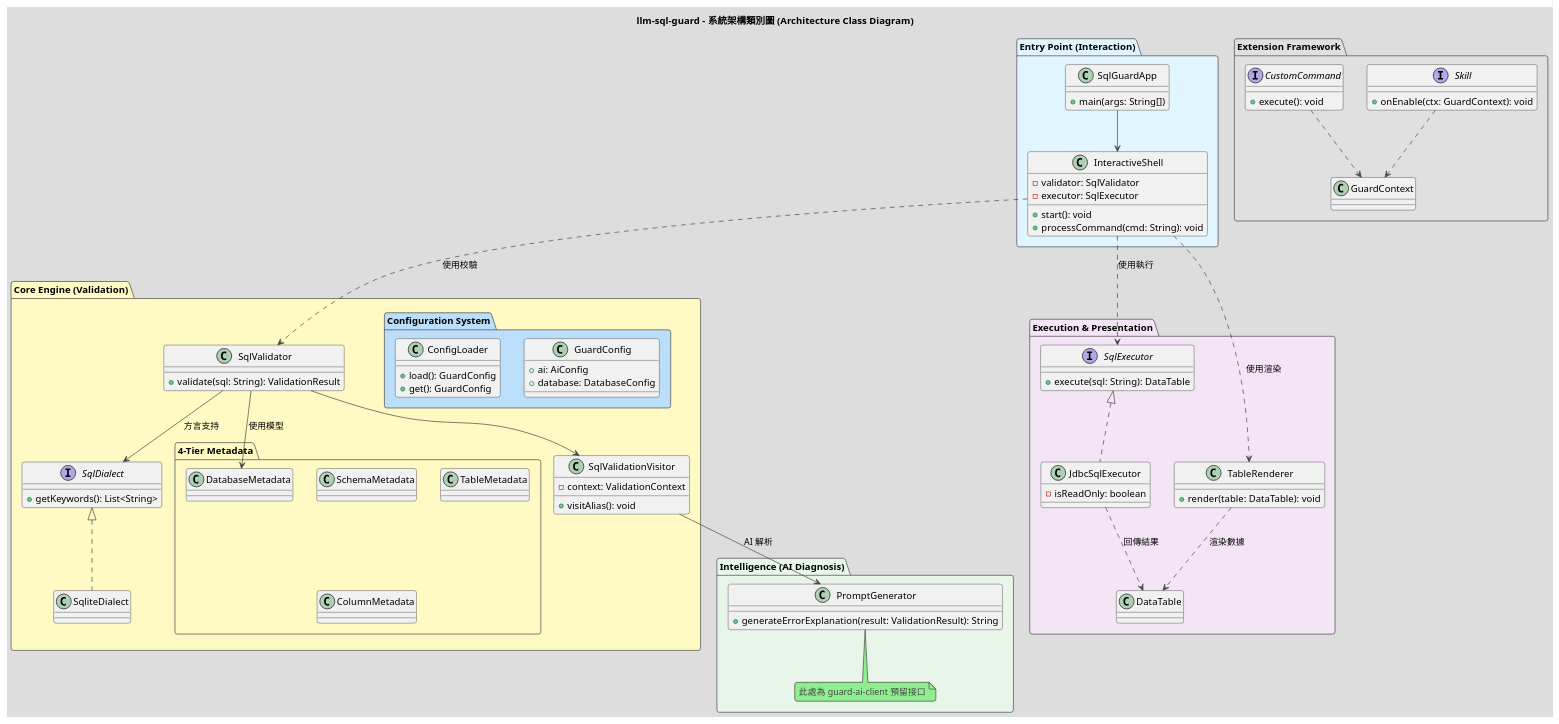
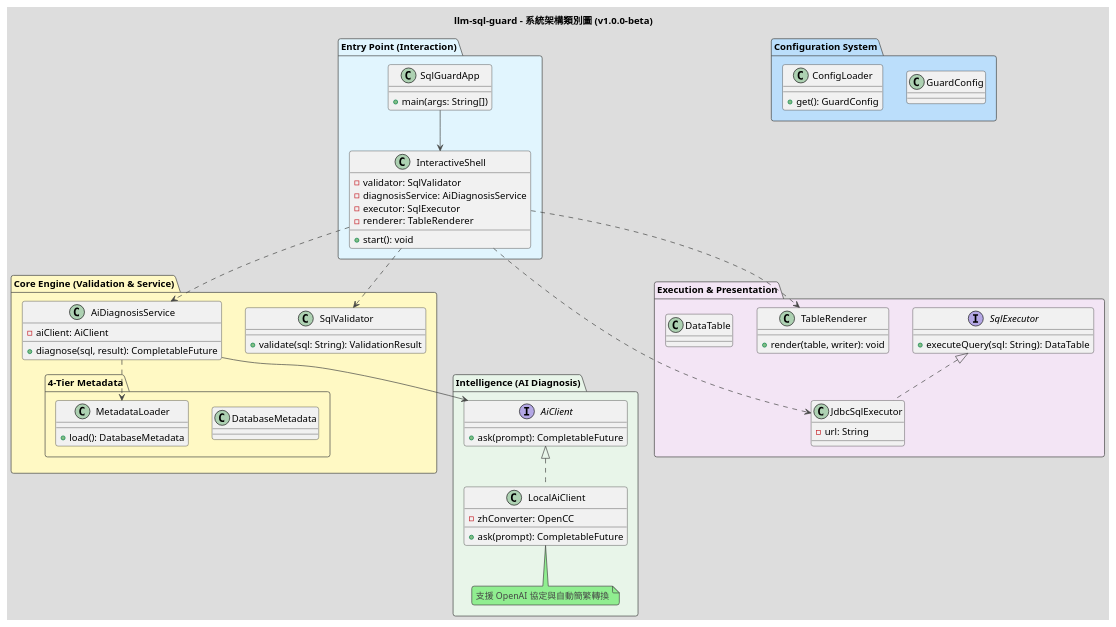
One commit to yefangwong/llm-sql-guard changed the diagram in docs/architecture.puml. Above: the diagram before and after it, drawn with PlantUML. The commit also changed 3 other files, not shown here.

```diff
--- a/docs/architecture.puml
+++ b/docs/architecture.puml
@@ -1,103 +1,81 @@
 @startuml
 !theme toy
 skinparam componentStyle uml2
 
-title llm-sql-guard - 系統架構類別圖 (Architecture Class Diagram)
+title llm-sql-guard - 系統架構類別圖 (v1.0.0-beta)
 
 ' --- Layers Definition ---
 
 package "Entry Point (Interaction)" #E1F5FE {
     class SqlGuardApp {
         +main(args: String[])
     }
     class InteractiveShell {
         -validator: SqlValidator
+        -diagnosisService: AiDiagnosisService
         -executor: SqlExecutor
+        -renderer: TableRenderer
         +start(): void
-        +processCommand(cmd: String): void
     }
 }
 
-package "Core Engine (Validation)" #FFF9C4 {
+package "Core Engine (Validation & Service)" #FFF9C4 {
     class SqlValidator {
         +validate(sql: String): ValidationResult
     }
-    class SqlValidationVisitor {
-        -context: ValidationContext
-        +visitAlias(): void
+    class AiDiagnosisService {
+        -aiClient: AiClient
+        +diagnose(sql, result): CompletableFuture
     }
     
     package "4-Tier Metadata" {
         class DatabaseMetadata
-        class SchemaMetadata
-        class TableMetadata
-        class ColumnMetadata
-    }
-
-    package "Configuration System" #BBDEFB {
-        class GuardConfig {
-            +ai: AiConfig
-            +database: DatabaseConfig
-        }
-        class ConfigLoader {
-            +load(): GuardConfig
-            +get(): GuardConfig
+        class MetadataLoader {
+            +load(): DatabaseMetadata
         }
     }
-    
-    interface SqlDialect {
-        +getKeywords(): List<String>
-    }
-    class SqliteDialect implements SqlDialect
 }
 
 package "Intelligence (AI Diagnosis)" #E8F5E9 {
-    class PromptGenerator {
-        +generateErrorExplanation(result: ValidationResult): String
+    interface AiClient {
+        +ask(prompt): CompletableFuture
     }
-    note bottom: 此處為 guard-ai-client 預留接口
+    class LocalAiClient implements AiClient {
+        -zhConverter: OpenCC
+        +ask(prompt): CompletableFuture
+    }
+    note bottom: 支援 OpenAI 協定與自動簡繁轉換
 }
 
 package "Execution & Presentation" #F3E5F5 {
     interface SqlExecutor {
-        +execute(sql: String): DataTable
+        +executeQuery(sql: String): DataTable
     }
     class JdbcSqlExecutor implements SqlExecutor {
-        -isReadOnly: boolean
+        -url: String
     }
     class TableRenderer {
-        +render(table: DataTable): void
+        +render(table, writer): void
     }
     class DataTable
 }
 
-package "Extension Framework" #E0E0E0 {
-    interface Skill {
-        +onEnable(ctx: GuardContext): void
+package "Configuration System" #BBDEFB {
+    class GuardConfig
+    class ConfigLoader {
+        +get(): GuardConfig
     }
-    interface CustomCommand {
-        +execute(): void
-    }
-    class GuardContext
 }
 
 ' --- Relationships ---
 
 SqlGuardApp --> InteractiveShell
-InteractiveShell ..> SqlValidator : 使用校驗
-InteractiveShell ..> SqlExecutor : 使用執行
-InteractiveShell ..> TableRenderer : 使用渲染
+InteractiveShell ..> SqlValidator
+InteractiveShell ..> AiDiagnosisService
+InteractiveShell ..> JdbcSqlExecutor
+InteractiveShell ..> TableRenderer
 
-SqlValidator --> SqlValidationVisitor
-SqlValidator --> DatabaseMetadata : 使用模型
-SqlValidator --> SqlDialect : 方言支持
-
-SqlValidationVisitor --> PromptGenerator : AI 解析
-
-JdbcSqlExecutor ..> DataTable : 回傳結果
-TableRenderer ..> DataTable : 渲染數據
-
-Skill ..> GuardContext
-CustomCommand ..> GuardContext
+AiDiagnosisService --> AiClient
+AiDiagnosisService ..> MetadataLoader
 
 @enduml
```
